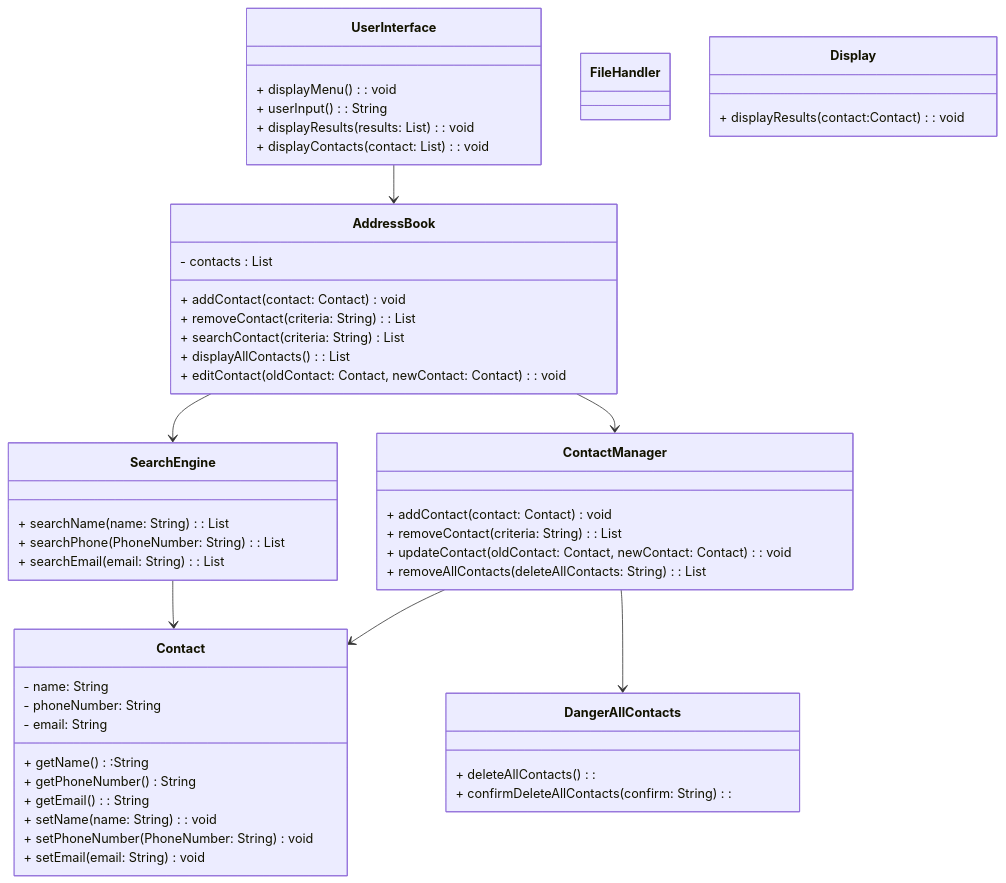
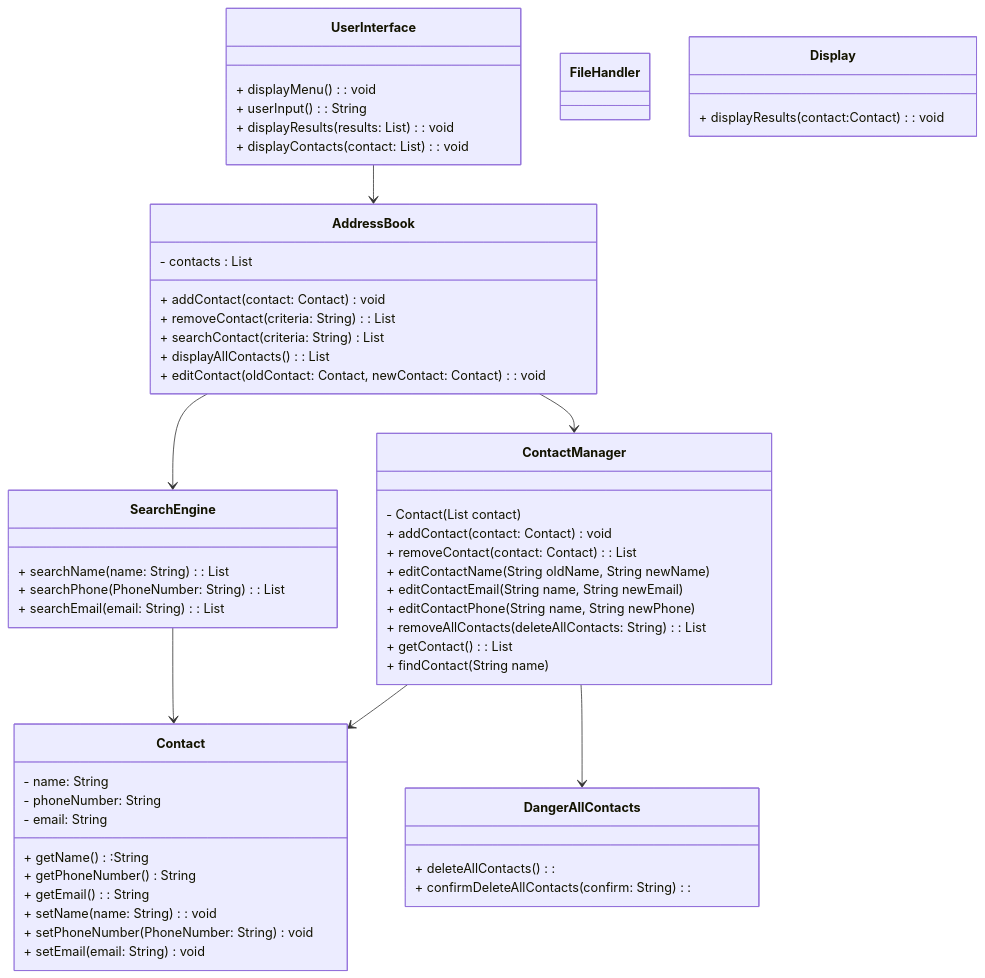
Before and after one commit to VSeaman8/DF-Challenge-3-Address-book: the diagram in docs/class diagram.mermaid, drawn with Mermaid. The commit also changed 3 other files, not shown here.

Commit message:
UPDATED Test 12 Edited details correctly updated in address book - passed , updated class diagram

```diff
--- a/docs/class diagram.mermaid
+++ b/docs/class diagram.mermaid
@@ -1,63 +1,68 @@
 classDiagram
 
     class AddressBook{
         - contacts : List<Contact>
         + addContact(contact: Contact) void
         + removeContact(criteria: String): List<Contact>
         + searchContact(criteria: String) List<cContact>
         + displayAllContacts(): List<cContact>
         + editContact(oldContact: Contact, newContact: Contact): void
     }
 
     class Contact{
         - name: String
         - phoneNumber: String
         - email: String
         + getName():String
         + getPhoneNumber() String
         + getEmail(): String
         + setName(name: String): void
         + setPhoneNumber(PhoneNumber: String) void
         + setEmail(email: String) void
     }
 
     class ContactManager {
+        - Contact (List contact)
         + addContact(contact: Contact) void
-        + removeContact(criteria: String): List<cContact>
-        + updateContact(oldContact: Contact, newContact: Contact): void
+        + removeContact(contact: Contact): List<Contact>
+        + editContactName(String oldName, String newName)
+        + editContactEmail(String name, String newEmail)
+        + editContactPhone(String name, String newPhone)
         + removeAllContacts(deleteAllContacts: String): List<cContact>
+        + getContact(): List
+        + findContact(String name)
 
     }
 
     class SearchEngine {
         + searchName(name: String): List<cContact>
         + searchPhone(PhoneNumber: String): List<cContact>
         + searchEmail(email: String): List<cContact>
 
     }
 
     class UserInterface {
     + displayMenu(): void
     + userInput(): String
     + displayResults(results: List<cContact>): void
     + displayContacts(contact: List<cContact>): void
     }
 
     class FileHandler {
 
     }
 
     class Display {
         + displayResults(contact:Contact): void
     }
     class DangerAllContacts {
         + deleteAllContacts():
         + confirmDeleteAllContacts(confirm: String):
     }
 
 UserInterface --> AddressBook
 AddressBook  --> ContactManager
 AddressBook --> SearchEngine
 ContactManager --> Contact
 ContactManager --> DangerAllContacts
 SearchEngine --> Contact
```
